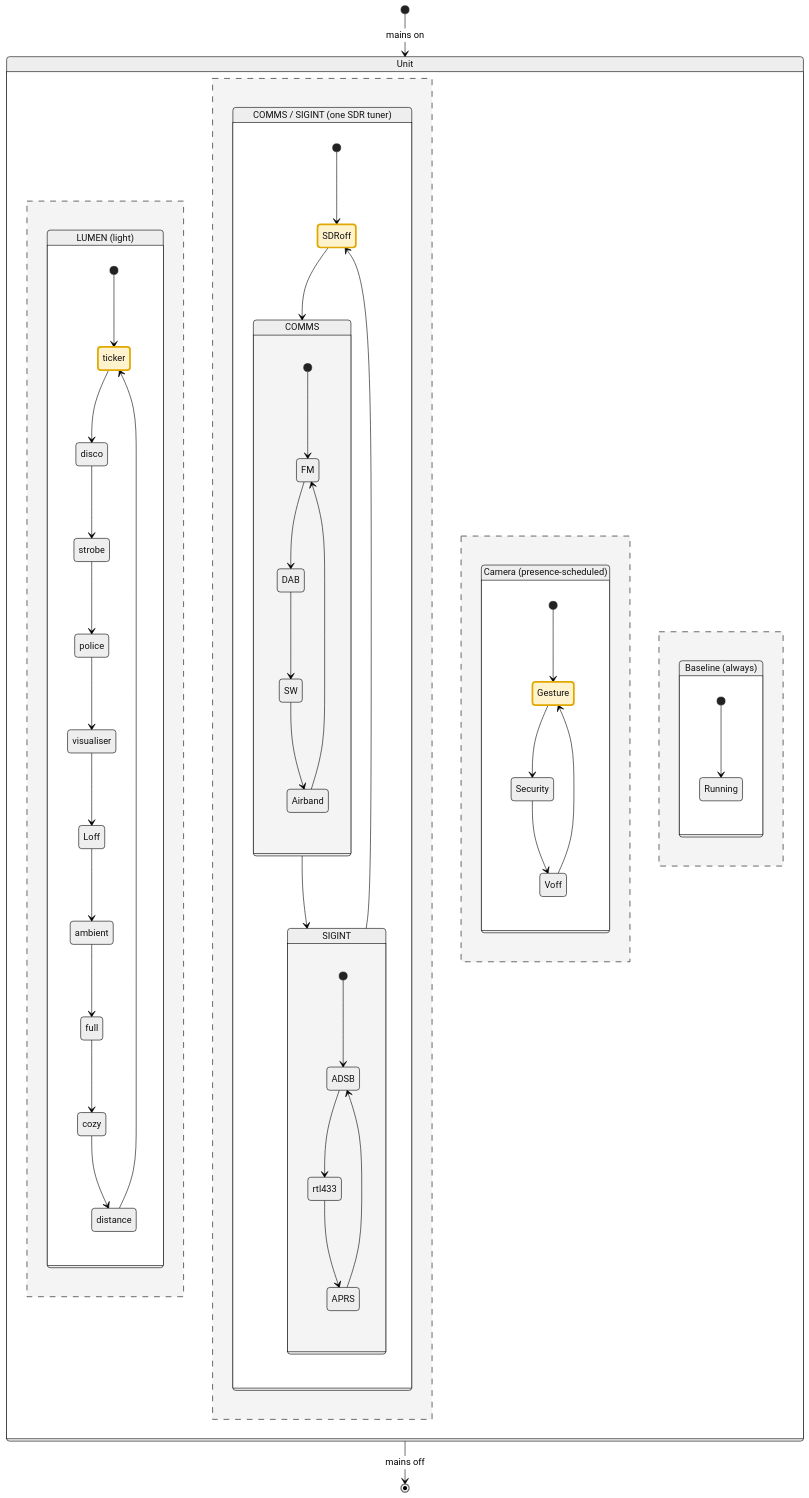
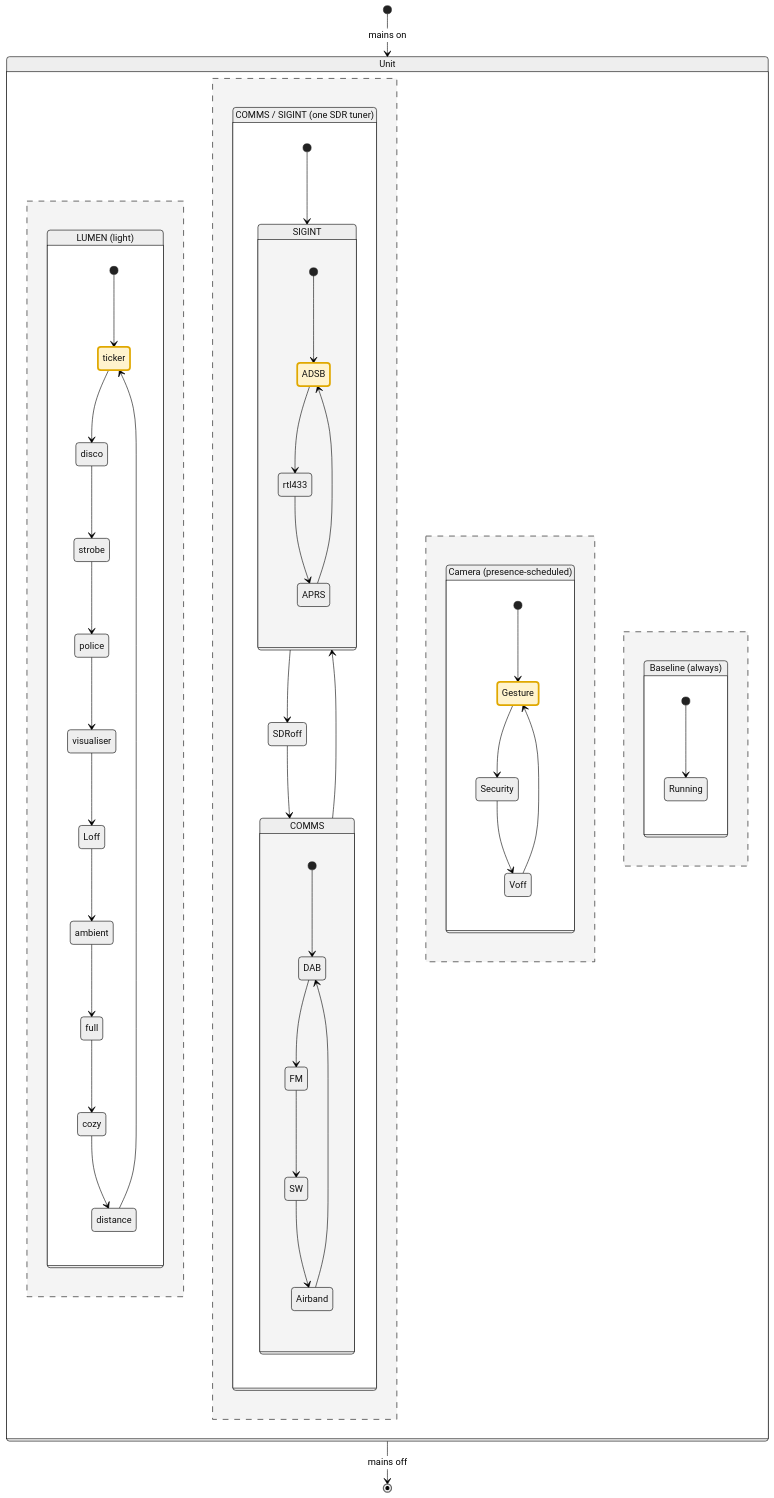
The first of 2 diagrams in src/architecture.md (hgn/balkon-borg), drawn with Mermaid (neutral theme) before and after one commit. The commit also changed other lines of this file and 2 other files, not shown here.

````diff
--- a/src/architecture.md
+++ b/src/architecture.md
@@ -122,53 +122,53 @@
 ```mermaid
 stateDiagram-v2
   [*] --> Unit : mains on
   Unit --> [*] : mains off
   state Unit {
     state "LUMEN (light)" as LUMEN {
       [*] --> ticker
       ticker --> disco
       disco --> strobe
       strobe --> police
       police --> visualiser
       visualiser --> Loff
       Loff --> ambient
       ambient --> full
       full --> cozy
       cozy --> distance
       distance --> ticker
     }
     --
     state "COMMS / SIGINT (one SDR tuner)" as SDR {
-      [*] --> SDRoff
+      [*] --> SIGINT
+      SIGINT --> SDRoff
       SDRoff --> COMMS
       COMMS --> SIGINT
-      SIGINT --> SDRoff
       state COMMS {
-        [*] --> FM
-        FM --> DAB
-        DAB --> SW
+        [*] --> DAB
+        DAB --> FM
+        FM --> SW
         SW --> Airband
-        Airband --> FM
+        Airband --> DAB
       }
       state SIGINT {
         [*] --> ADSB
         ADSB --> rtl433
         rtl433 --> APRS
         APRS --> ADSB
       }
     }
     --
     state "Camera (presence-scheduled)" as Vision {
       [*] --> Gesture
       Gesture --> Security
       Security --> Voff
       Voff --> Gesture
     }
     --
     state "Baseline (always)" as Base {
       [*] --> Running
     }
   }
   classDef boot fill:#fff3cd,stroke:#e0a800,stroke-width:3px
-  class ticker,SDRoff,Gesture boot
+  class ticker,ADSB,Gesture boot
 ```
````
